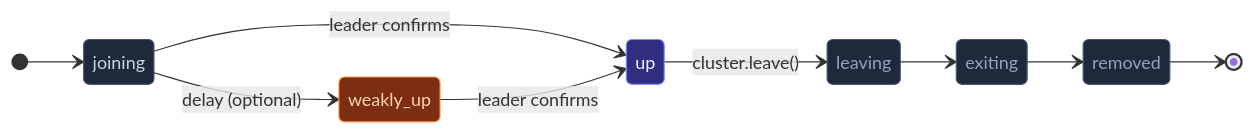
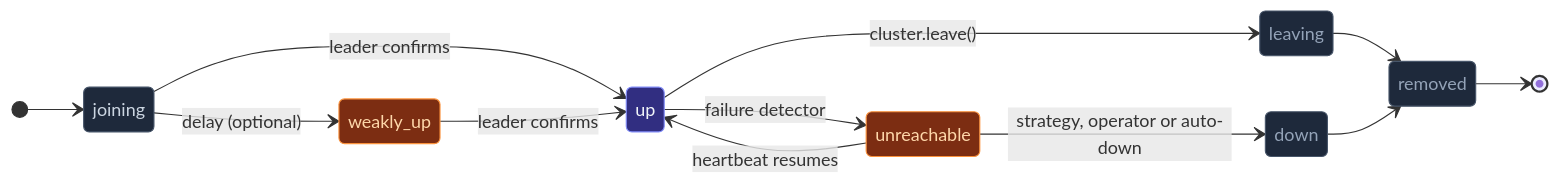
One commit to pathosDev/actor-ts changed the second of 2 diagrams in docs/src/content/docs/cluster/weakly-up.mdx. Above: the diagram before and after it, drawn with Mermaid. The commit also changed 5 other files, not shown here.

````diff
--- a/docs/src/content/docs/cluster/weakly-up.mdx
+++ b/docs/src/content/docs/cluster/weakly-up.mdx
@@ -104,20 +104,23 @@
 ```mermaid
 stateDiagram-v2
   direction LR
   [*] --> joining
   joining --> weakly_up: delay (optional)
   joining --> up: leader confirms
   weakly_up --> up: leader confirms
+  up --> unreachable: failure detector
+  unreachable --> up: heartbeat resumes
+  unreachable --> down: strategy, operator or auto-down
   up --> leaving: cluster.leave()
-  leaving --> exiting
-  exiting --> removed
+  leaving --> removed
+  down --> removed
   removed --> [*]
   classDef start fill:#1e293b,stroke:#475569,color:#cbd5e1;
   classDef warn  fill:#7c2d12,stroke:#fb923c,color:#fed7aa;
   classDef ok    fill:#312e81,stroke:#818cf8,color:#f1f5f9;
   classDef gone  fill:#1e293b,stroke:#475569,color:#94a3b8;
   class joining start
-  class weakly_up warn
+  class weakly_up,unreachable warn
   class up ok
-  class leaving,exiting,removed gone
+  class leaving,down,removed gone
 ```
````
